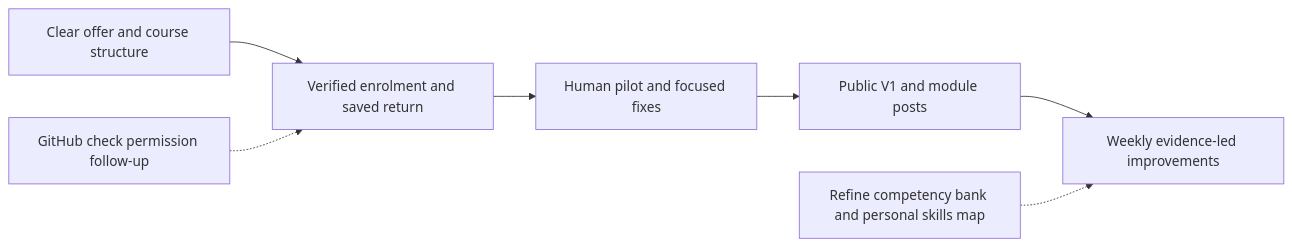
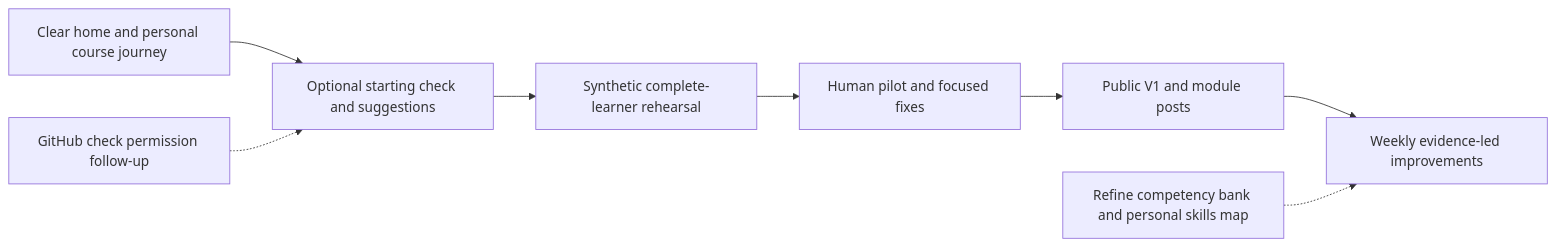
The first of 2 diagrams in docs/plans/2026-10-23-002-feat-public-launch-plan.md (drfinlaymccall/human-ai-orientation), drawn with Mermaid before and after one commit. The commit also changed other lines of this file and 7 other files, not shown here.

Commit message:
docs: plan the personal course journey and starting-point check

````diff
--- a/docs/plans/2026-10-23-002-feat-public-launch-plan.md
+++ b/docs/plans/2026-10-23-002-feat-public-launch-plan.md
@@ -85,9 +98,10 @@
 ```mermaid
 flowchart LR
-  A[Clear offer and course structure] --> B[Verified enrolment and saved return]
-  B --> C[Human pilot and focused fixes]
+  A[Clear home and personal course journey] --> B[Optional starting check and suggestions]
+  B --> Q[Synthetic complete-learner rehearsal]
+  Q --> C[Human pilot and focused fixes]
   C --> D[Public V1 and module posts]
   D --> E[Weekly evidence-led improvements]
   M[Refine competency bank and personal skills map] -.-> E
   CI[GitHub check permission follow-up] -.-> B
 ```
````
